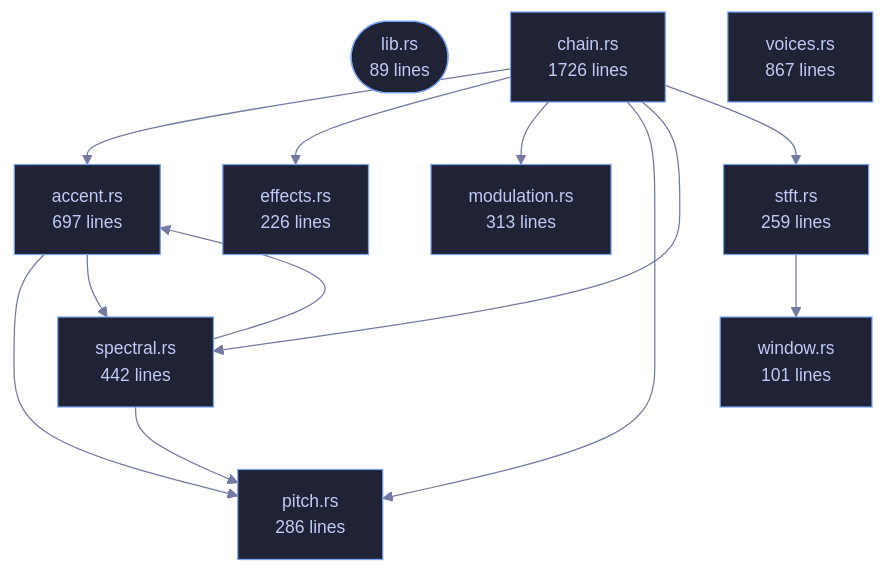
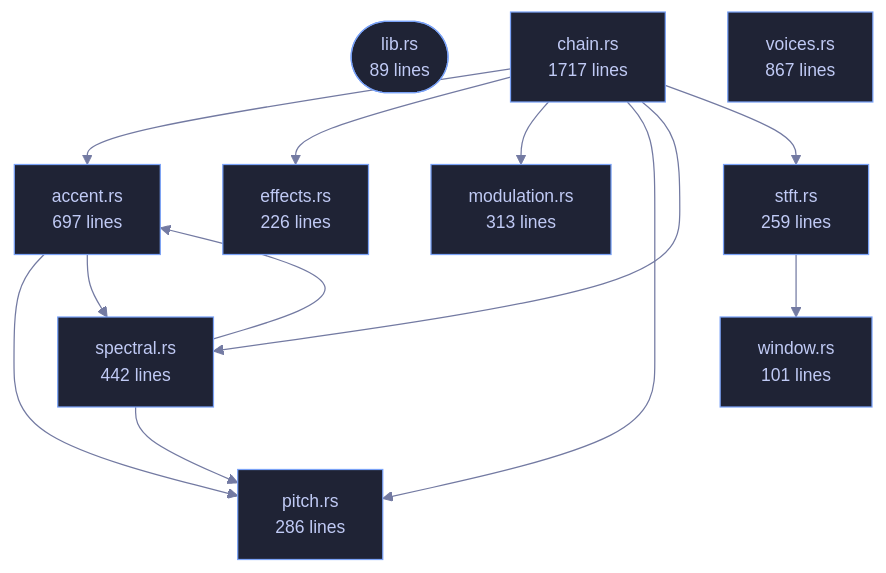
The diagram in crates/veilvoice-core/README.md (tilas01/veilvoice), drawn with Mermaid before and after one commit. The commit also changed other lines of this file and 432 other files, not shown here.

````diff
--- a/crates/veilvoice-core/README.md
+++ b/crates/veilvoice-core/README.md
@@ -105,35 +105,35 @@
 ```mermaid
 %%{init: {"theme":"base","themeVariables":{"background":"#1a1b26","primaryColor":"#1f2335","primaryTextColor":"#c0caf5","primaryBorderColor":"#7aa2f7","secondaryColor":"#16161e","tertiaryColor":"#16161e","lineColor":"#737aa2","textColor":"#c0caf5","mainBkg":"#1f2335","nodeBorder":"#7aa2f7","clusterBkg":"#16161e","clusterBorder":"#2f3549","fontFamily":"ui-monospace, SFMono-Regular, Consolas, monospace","fontSize":"14px"}}}%%
 flowchart TD
     n_lib(["lib.rs<br/>89 lines"])
     n_accent["accent.rs<br/>697 lines"]
-    n_chain["chain.rs<br/>1726 lines"]
+    n_chain["chain.rs<br/>1717 lines"]
     n_effects["effects.rs<br/>226 lines"]
     n_modulation["modulation.rs<br/>313 lines"]
     n_pitch["pitch.rs<br/>286 lines"]
     n_spectral["spectral.rs<br/>442 lines"]
     n_stft["stft.rs<br/>259 lines"]
     n_voices["voices.rs<br/>867 lines"]
     n_window["window.rs<br/>101 lines"]
     n_accent --> n_pitch
     n_accent --> n_spectral
     n_chain --> n_accent
     n_chain --> n_effects
     n_chain --> n_modulation
     n_chain --> n_pitch
     n_chain --> n_spectral
     n_chain --> n_stft
     n_spectral --> n_accent
     n_spectral --> n_pitch
     n_stft --> n_window
     click n_lib href "https://github.com/tilas01/veilvoice/blob/main/crates/veilvoice-core/src/lib.rs" "open the source"
     click n_accent href "https://github.com/tilas01/veilvoice/blob/main/crates/veilvoice-core/src/accent.rs" "open the source"
     click n_chain href "https://github.com/tilas01/veilvoice/blob/main/crates/veilvoice-core/src/chain.rs" "open the source"
     click n_effects href "https://github.com/tilas01/veilvoice/blob/main/crates/veilvoice-core/src/effects.rs" "open the source"
     click n_modulation href "https://github.com/tilas01/veilvoice/blob/main/crates/veilvoice-core/src/modulation.rs" "open the source"
     click n_pitch href "https://github.com/tilas01/veilvoice/blob/main/crates/veilvoice-core/src/pitch.rs" "open the source"
     click n_spectral href "https://github.com/tilas01/veilvoice/blob/main/crates/veilvoice-core/src/spectral.rs" "open the source"
     click n_stft href "https://github.com/tilas01/veilvoice/blob/main/crates/veilvoice-core/src/stft.rs" "open the source"
     click n_voices href "https://github.com/tilas01/veilvoice/blob/main/crates/veilvoice-core/src/voices.rs" "open the source"
     click n_window href "https://github.com/tilas01/veilvoice/blob/main/crates/veilvoice-core/src/window.rs" "open the source"
 ```
````
